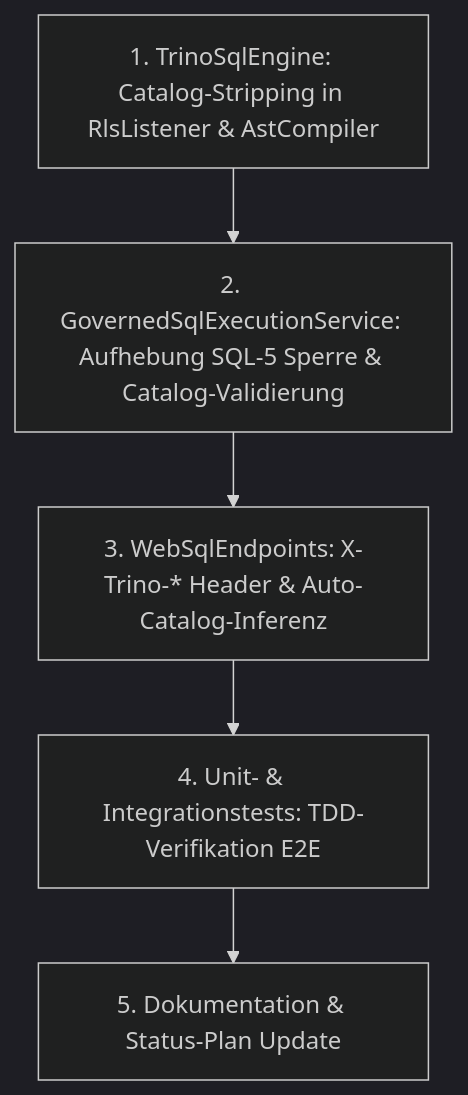
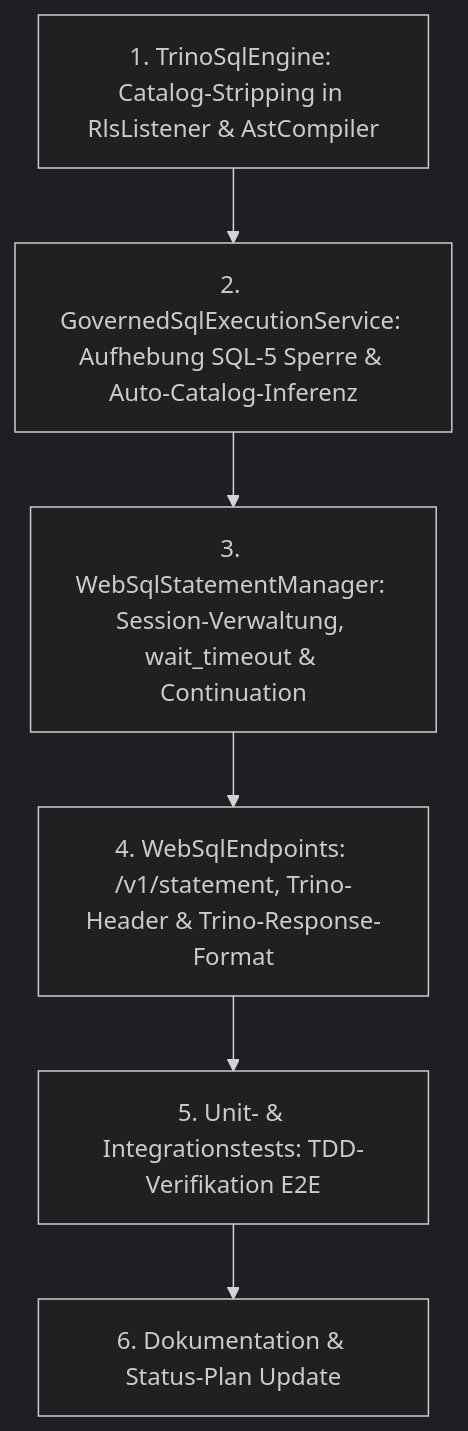
Before and after one commit to themulle/autheris: the second of 2 diagrams in docs/plans/2026-10-08-trino-compatibility-websql.md, drawn with Mermaid (dark theme). The commit also changed other lines of this file, not shown here.

Commit message:
docs(plans): update trino compatibility plan with wait_timeout and statement continuation architecture

````diff
--- a/docs/plans/2026-10-08-trino-compatibility-websql.md
+++ b/docs/plans/2026-10-08-trino-compatibility-websql.md
@@ -203,10 +311,11 @@
 ```mermaid
 flowchart TD
     M1["1. TrinoSqlEngine: Catalog-Stripping in RlsListener & AstCompiler"]
-    M2["2. GovernedSqlExecutionService: Aufhebung SQL-5 Sperre & Catalog-Validierung"]
-    M3["3. WebSqlEndpoints: X-Trino-* Header & Auto-Catalog-Inferenz"]
-    M4["4. Unit- & Integrationstests: TDD-Verifikation E2E"]
-    M5["5. Dokumentation & Status-Plan Update"]
+    M2["2. GovernedSqlExecutionService: Aufhebung SQL-5 Sperre & Auto-Catalog-Inferenz"]
+    M3["3. WebSqlStatementManager: Session-Verwaltung, wait_timeout & Continuation"]
+    M4["4. WebSqlEndpoints: /v1/statement, Trino-Header & Trino-Response-Format"]
+    M5["5. Unit- & Integrationstests: TDD-Verifikation E2E"]
+    M6["6. Dokumentation & Status-Plan Update"]
 
-    M1 --> M2 --> M3 --> M4 --> M5
+    M1 --> M2 --> M3 --> M4 --> M5 --> M6
 ```
````
